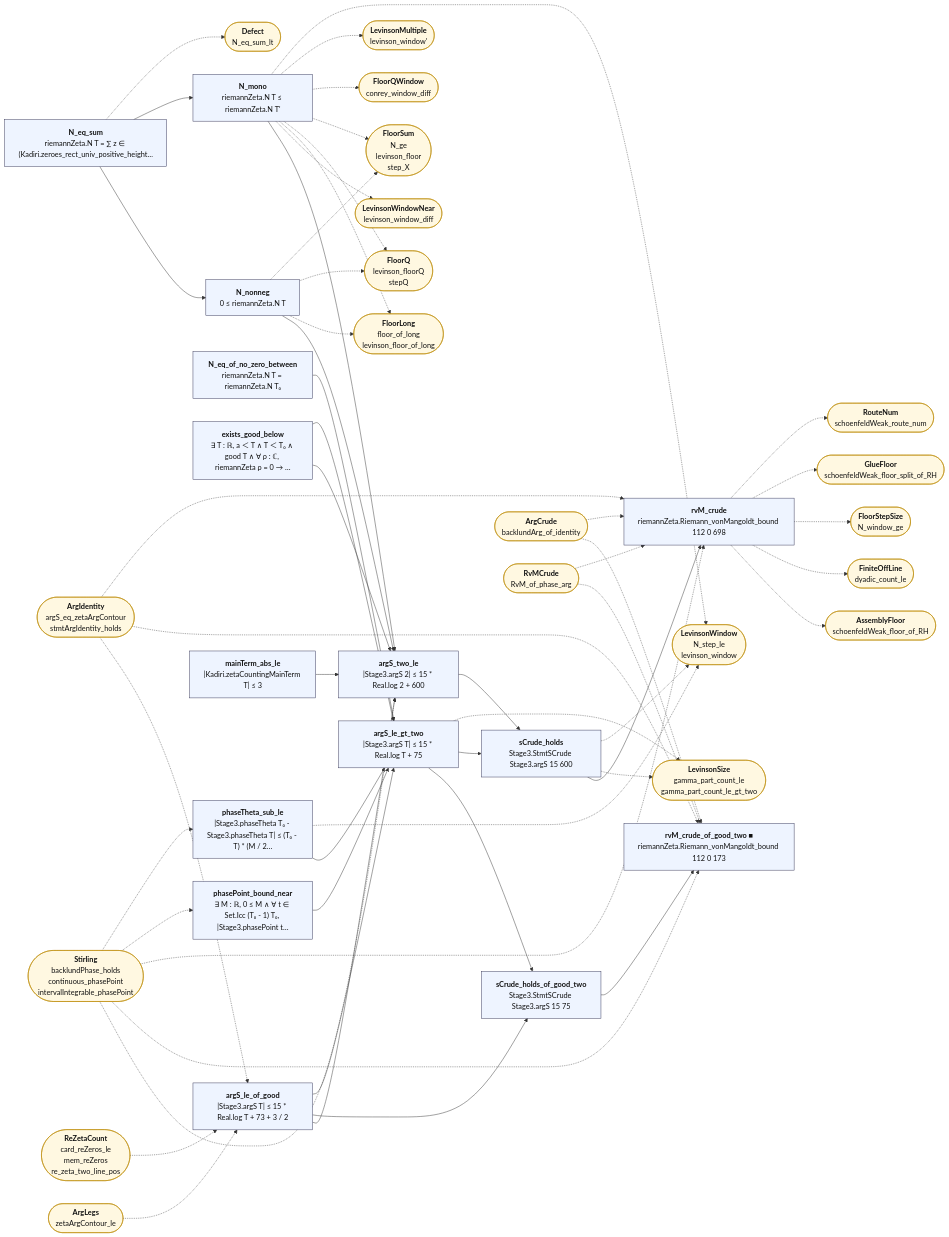
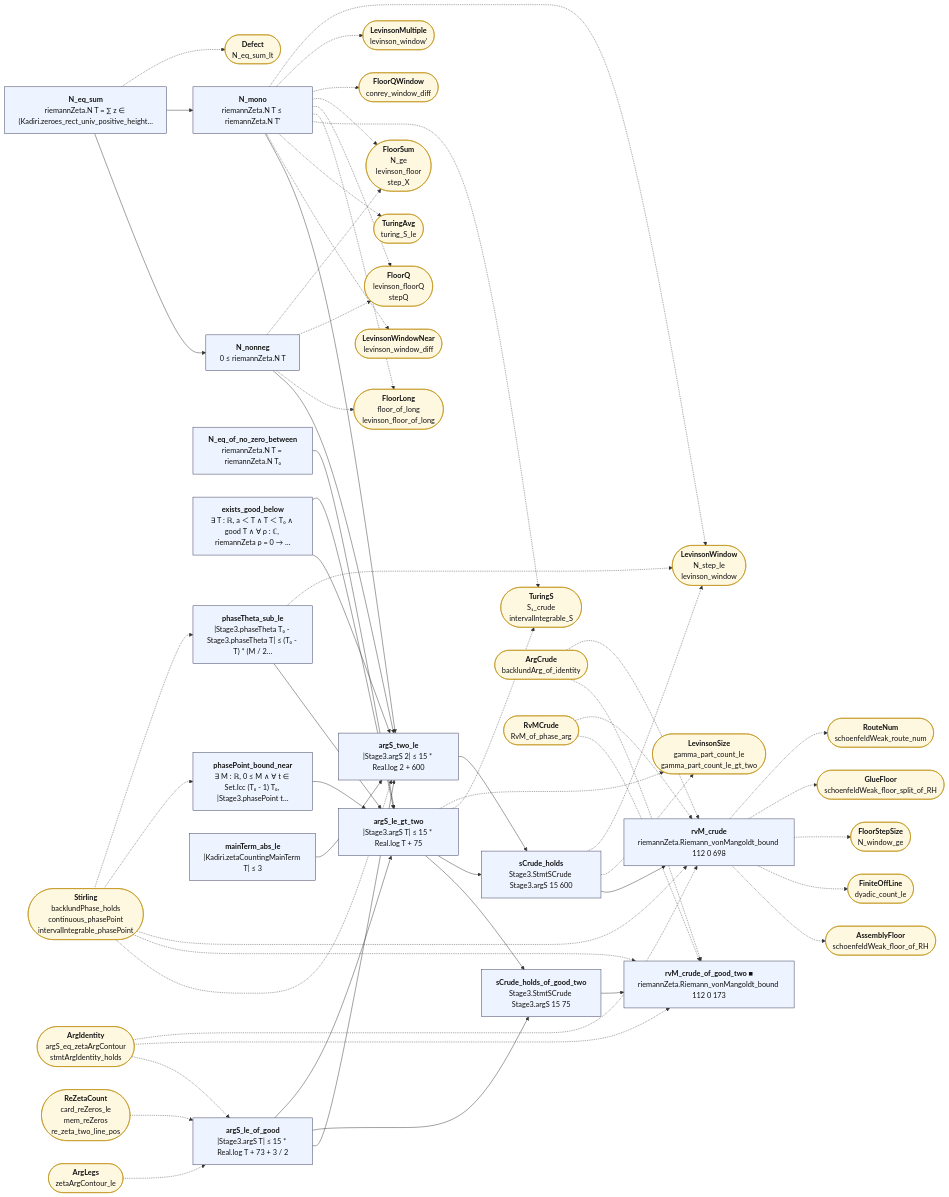
One commit to juliansambranojr/Primebeat_081426 changed the diagram in map/lean_stage3/ArgCount.mmd. Above: the diagram before and after it, drawn with Mermaid. The commit also changed 32 other files, not shown here.

```diff
--- a/map/lean_stage3/ArgCount.mmd
+++ b/map/lean_stage3/ArgCount.mmd
@@ -1,96 +1,101 @@
 flowchart LR
   n0["<b>argS_le_of_good</b><br/>|Stage3.argS T| ≤ 15 * Real.log T + 73 + 3 / 2"]:::thm
   n1["<b>N_eq_sum</b><br/>riemannZeta.N T = ∑ z ∈ (Kadiri.zeroes_rect_univ_positive_height…"]:::thm
   n2["<b>N_nonneg</b><br/>0 ≤ riemannZeta.N T"]:::thm
   n3["<b>N_mono</b><br/>riemannZeta.N T ≤ riemannZeta.N T'"]:::thm
   n4["<b>N_eq_of_no_zero_between</b><br/>riemannZeta.N T = riemannZeta.N T₀"]:::thm
   n5["<b>exists_good_below</b><br/>∃ T : ℝ, a ＜ T ∧ T ＜ T₀ ∧ good T ∧ ∀ ρ : ℂ, riemannZeta ρ = 0 → …"]:::thm
   n6["<b>phasePoint_bound_near</b><br/>∃ M : ℝ, 0 ≤ M ∧ ∀ t ∈ Set.Icc (T₀ - 1) T₀, |Stage3.phasePoint t…"]:::thm
   n7["<b>phaseTheta_sub_le</b><br/>|Stage3.phaseTheta T₀ - Stage3.phaseTheta T| ≤ (T₀ - T) * (M / 2…"]:::thm
   n8["<b>argS_le_gt_two</b><br/>|Stage3.argS T| ≤ 15 * Real.log T + 75"]:::thm
   n9["<b>mainTerm_abs_le</b><br/>|Kadiri.zetaCountingMainTerm T| ≤ 3"]:::thm
   n10["<b>argS_two_le</b><br/>|Stage3.argS 2| ≤ 15 * Real.log 2 + 600"]:::thm
   n11["<b>sCrude_holds_of_good_two</b><br/>Stage3.StmtSCrude Stage3.argS 15 75"]:::thm
   n12["<b>sCrude_holds</b><br/>Stage3.StmtSCrude Stage3.argS 15 600"]:::thm
   n13["<b>rvM_crude_of_good_two ■</b><br/>riemannZeta.Riemann_vonMangoldt_bound 112 0 173"]:::thm
   n14["<b>rvM_crude</b><br/>riemannZeta.Riemann_vonMangoldt_bound 112 0 698"]:::thm
   x0(["<b>ArgIdentity</b><br/>argS_eq_zetaArgContour<br/>stmtArgIdentity_holds"]):::ext
   x1(["<b>ArgLegs</b><br/>zetaArgContour_le"]):::ext
   x2(["<b>ReZetaCount</b><br/>card_reZeros_le<br/>mem_reZeros<br/>re_zeta_two_line_pos"]):::ext
   x3(["<b>Defect</b><br/>N_eq_sum_lt"]):::ext
   x4(["<b>FloorLong</b><br/>floor_of_long<br/>levinson_floor_of_long"]):::ext
   x5(["<b>FloorQ</b><br/>levinson_floorQ<br/>stepQ"]):::ext
   x6(["<b>FloorSum</b><br/>N_ge<br/>levinson_floor<br/>step_X"]):::ext
   x7(["<b>FloorQWindow</b><br/>conrey_window_diff"]):::ext
   x8(["<b>LevinsonMultiple</b><br/>levinson_window'"]):::ext
   x9(["<b>LevinsonWindow</b><br/>N_step_le<br/>levinson_window"]):::ext
   x10(["<b>LevinsonWindowNear</b><br/>levinson_window_diff"]):::ext
-  x11(["<b>Stirling</b><br/>backlundPhase_holds<br/>continuous_phasePoint<br/>intervalIntegrable_phasePoint"]):::ext
-  x12(["<b>LevinsonSize</b><br/>gamma_part_count_le<br/>gamma_part_count_le_gt_two"]):::ext
-  x13(["<b>ArgCrude</b><br/>backlundArg_of_identity"]):::ext
-  x14(["<b>RvMCrude</b><br/>RvM_of_phase_arg"]):::ext
-  x15(["<b>AssemblyFloor</b><br/>schoenfeldWeak_floor_of_RH"]):::ext
-  x16(["<b>FiniteOffLine</b><br/>dyadic_count_le"]):::ext
-  x17(["<b>FloorStepSize</b><br/>N_window_ge"]):::ext
-  x18(["<b>GlueFloor</b><br/>schoenfeldWeak_floor_split_of_RH"]):::ext
-  x19(["<b>RouteNum</b><br/>schoenfeldWeak_route_num"]):::ext
+  x11(["<b>TuringAvg</b><br/>turing_S_le"]):::ext
+  x12(["<b>TuringS</b><br/>S₁_crude<br/>intervalIntegrable_S"]):::ext
+  x13(["<b>Stirling</b><br/>backlundPhase_holds<br/>continuous_phasePoint<br/>intervalIntegrable_phasePoint"]):::ext
+  x14(["<b>LevinsonSize</b><br/>gamma_part_count_le<br/>gamma_part_count_le_gt_two"]):::ext
+  x15(["<b>ArgCrude</b><br/>backlundArg_of_identity"]):::ext
+  x16(["<b>RvMCrude</b><br/>RvM_of_phase_arg"]):::ext
+  x17(["<b>AssemblyFloor</b><br/>schoenfeldWeak_floor_of_RH"]):::ext
+  x18(["<b>FiniteOffLine</b><br/>dyadic_count_le"]):::ext
+  x19(["<b>FloorStepSize</b><br/>N_window_ge"]):::ext
+  x20(["<b>GlueFloor</b><br/>schoenfeldWeak_floor_split_of_RH"]):::ext
+  x21(["<b>RouteNum</b><br/>schoenfeldWeak_route_num"]):::ext
   n0 --> n10
   n0 --> n11
   n0 --> n8
   n1 --> n2
   n1 --> n3
   n10 --> n12
   n11 --> n13
   n12 --> n14
   n2 --> n10
   n3 --> n10
   n4 --> n8
   n5 --> n10
   n5 --> n8
   n6 --> n8
   n7 --> n8
   n8 --> n11
   n8 --> n12
   n9 --> n10
   n1 -.-> x3
-  n12 -.-> x12
+  n12 -.-> x14
   n12 -.-> x9
-  n14 -.-> x15
-  n14 -.-> x16
   n14 -.-> x17
   n14 -.-> x18
   n14 -.-> x19
+  n14 -.-> x20
+  n14 -.-> x21
   n2 -.-> x4
   n2 -.-> x5
   n2 -.-> x6
   n3 -.-> x10
+  n3 -.-> x11
+  n3 -.-> x12
   n3 -.-> x4
   n3 -.-> x5
   n3 -.-> x6
   n3 -.-> x7
   n3 -.-> x8
   n3 -.-> x9
   n7 -.-> x9
   n8 -.-> x12
+  n8 -.-> x14
   x0 -.-> n0
   x0 -.-> n13
   x0 -.-> n14
   x1 -.-> n0
-  x11 -.-> n10
-  x11 -.-> n13
-  x11 -.-> n14
-  x11 -.-> n6
-  x11 -.-> n7
+  x13 -.-> n10
   x13 -.-> n13
   x13 -.-> n14
-  x14 -.-> n13
-  x14 -.-> n14
+  x13 -.-> n6
+  x13 -.-> n7
+  x15 -.-> n13
+  x15 -.-> n14
+  x16 -.-> n13
+  x16 -.-> n14
   x2 -.-> n0
   classDef cnt fill:#dff5ec,stroke:#17694a,color:#111
   classDef shp fill:#f1ecfb,stroke:#5b3fa0,color:#111
   classDef rh fill:#ffe5e5,stroke:#c22,color:#111,stroke-width:2px
   classDef thm fill:#eef4ff,stroke:#335,color:#111
   classDef end_ fill:#e7f7e7,stroke:#2a7,color:#111,stroke-width:2px
   classDef lone fill:#fff,stroke:#999,color:#111,stroke-dasharray:4 3
   classDef bad fill:#ffe5e5,stroke:#c22,color:#111,stroke-width:2px
   classDef ext fill:#fff8e1,stroke:#b80,color:#111
```
